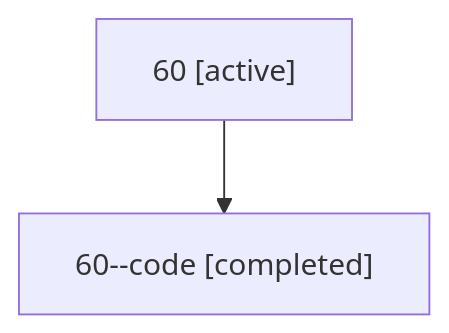
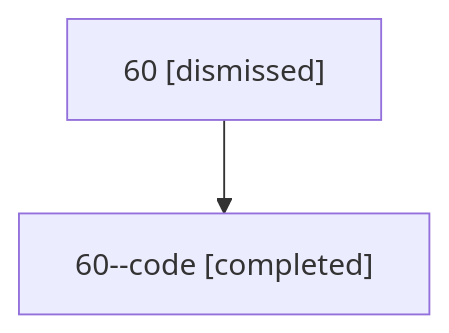
One commit to sase-org/sase--agents changed the diagram in sessions/bbugyi200.athena.60.md. Above: the diagram before and after it, drawn with Mermaid. The commit also changed other lines of this file and 18 other files, not shown here.

````diff
--- a/sessions/bbugyi200.athena.60.md
+++ b/sessions/bbugyi200.athena.60.md
@@ -9,6 +9,6 @@
 ```mermaid
 flowchart TD
-  n0["60 [active]"]
+  n0["60 [dismissed]"]
   n1["60--code [completed]"]
   n0 --> n1
 ```
````
